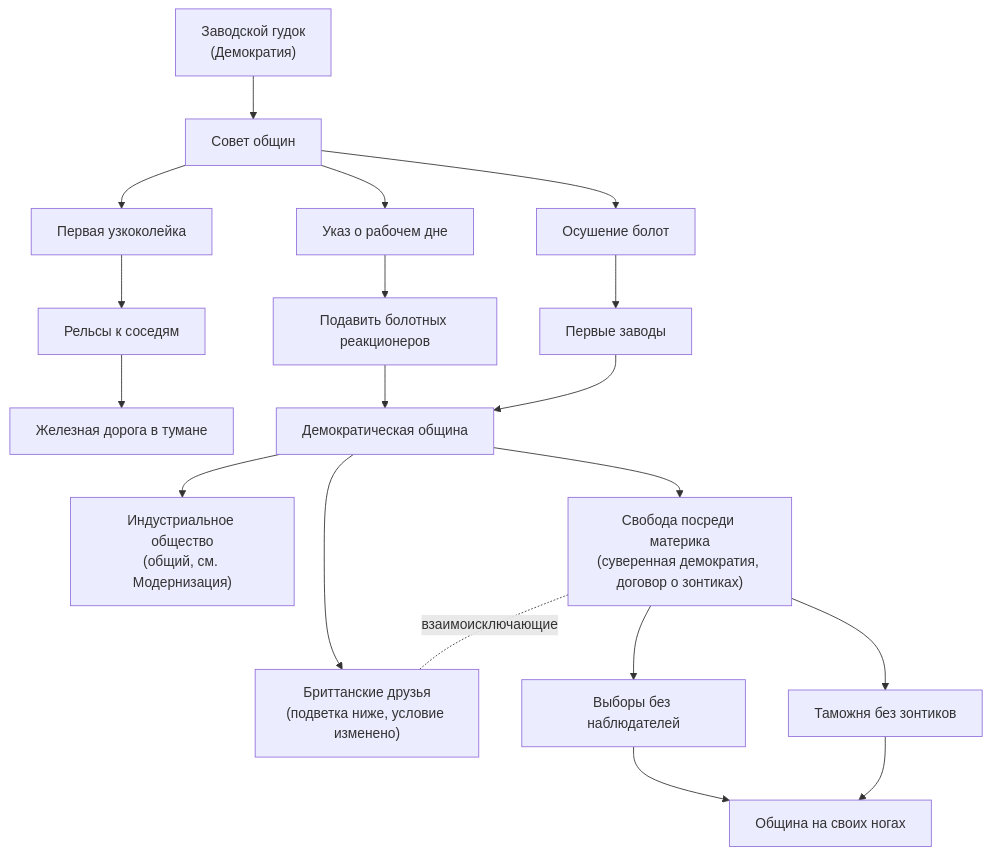
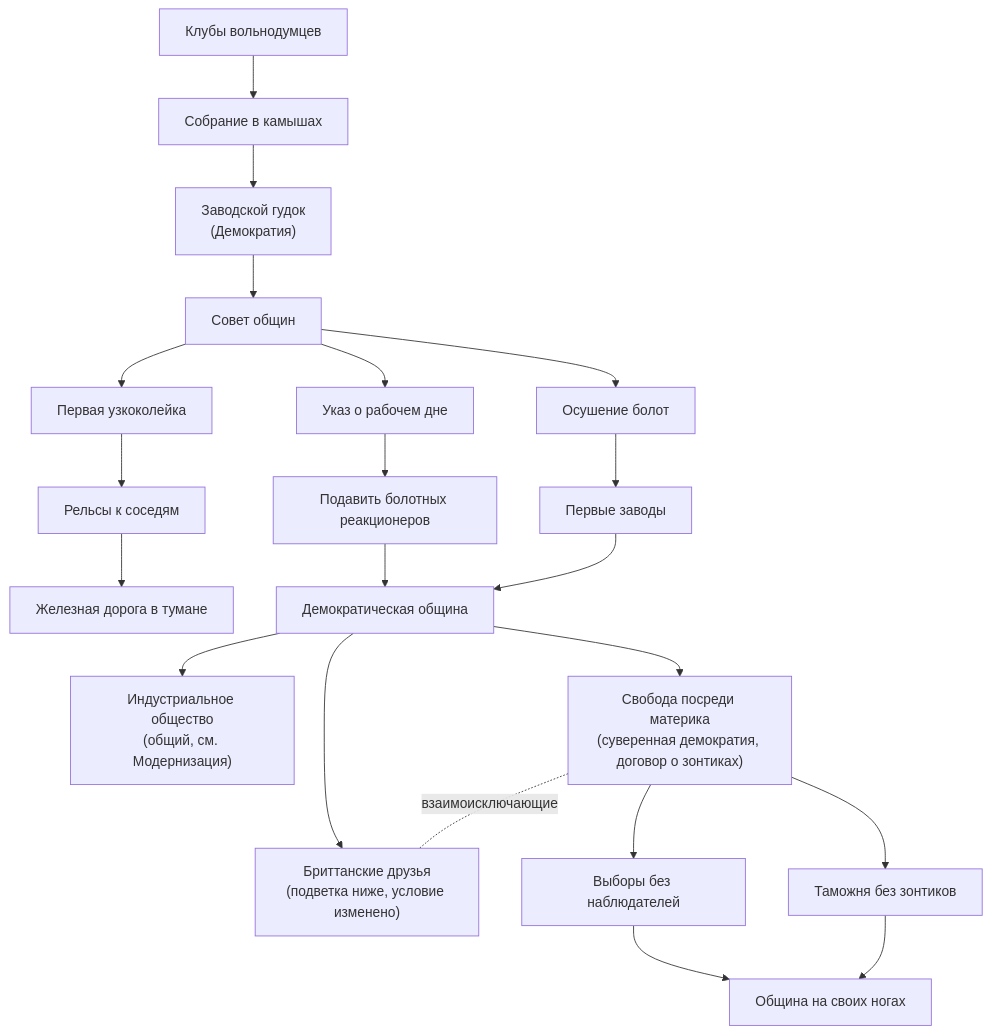
Before and after one commit to CatShredia/casuality-mod: the fifth of 12 diagrams in docs/focuses/Kazualia-Focus-Tree.md, drawn with Mermaid. The commit also changed other lines of this file and 21 other files, not shown here.

````diff
--- a/docs/focuses/Kazualia-Focus-Tree.md
+++ b/docs/focuses/Kazualia-Focus-Tree.md
@@ -210,17 +234,17 @@
 ```mermaid
 flowchart TD
-    R1["Заводской гудок<br/>(Демократия)"] --> R2["Совет общин"]
+    RM1["Клубы вольнодумцев"] --> RM2["Собрание в камышах"] --> R1["Заводской гудок<br/>(Демократия)"] --> R2["Совет общин"]
     R2 --> R3["Указ о рабочем дне"]
     R2 --> R4["Осушение болот"]
     R3 --> R5["Подавить болотных реакционеров"]
     R4 --> R6["Первые заводы"]
     R2 --> RR1["Первая узкоколейка"] --> RR2["Рельсы к соседям"] --> RR3["Железная дорога в тумане"]
     R5 --> R7["Демократическая община"]
     R6 --> R7
     R7 --> R8["Индустриальное общество<br/>(общий, см. Модернизация)"]
     R7 --> S1["Свобода посреди материка<br/>(суверенная демократия, договор о зонтиках)"]
     R7 --> B1["Бриттанские друзья<br/>(подветка ниже, условие изменено)"]
     S1 -. "взаимоисключающие" .- B1
     S1 --> S2["Выборы без наблюдателей"] --> S3["Община на своих ногах"]
     S1 --> S4["Таможня без зонтиков"] --> S3
 ```
````
